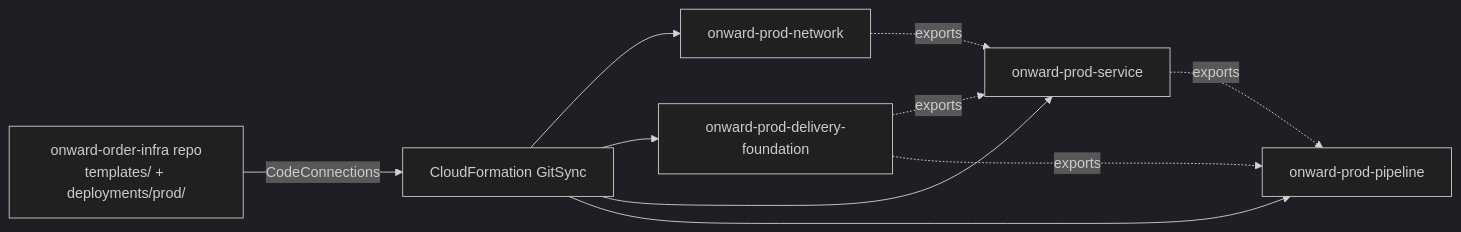
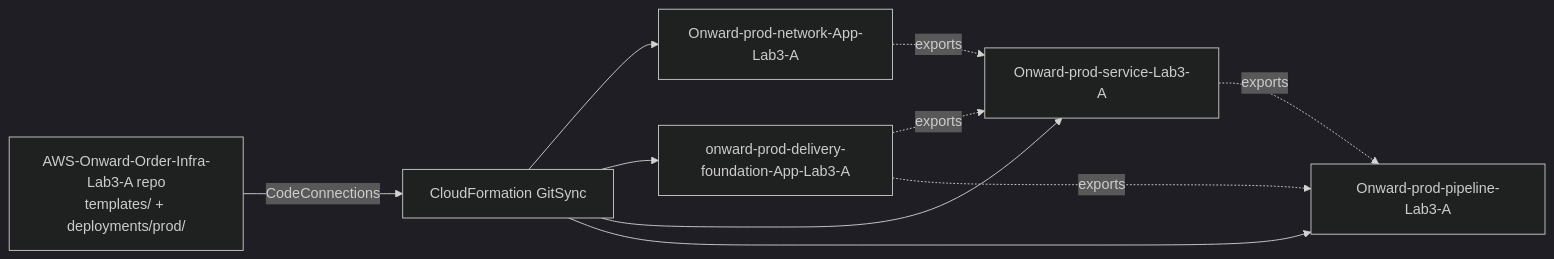
One commit to RUYANGA/AWS-Onward-Order-Infra-Lab3-A changed the third of 3 diagrams in docs/architecture.md. Above: the diagram before and after it, drawn with Mermaid (dark theme). The commit also changed other lines of this file and 2 other files, not shown here.

Commit message:
chore(gitsync): align bootstrap template and docs with the live AWS setup
The bootstrap template now reproduces the deployed GitSync setup: live stack names, the onward-prod-App-cloudformation-deploy role, the existing repository link and connection, and ANY_CHANGE triggers. README and architecture docs describe the live deployment and the expected CodeDeploy drift on the service stack.

````diff
--- a/docs/architecture.md
+++ b/docs/architecture.md
@@ -82,12 +82,12 @@
 ```mermaid
 flowchart LR
-  infra[onward-order-infra repo<br/>templates/ + deployments/prod/] -->|CodeConnections| gs[CloudFormation GitSync]
-  gs --> n[onward-prod-network]
-  gs --> f[onward-prod-delivery-foundation]
-  gs --> s[onward-prod-service]
-  gs --> p[onward-prod-pipeline]
+  infra[AWS-Onward-Order-Infra-Lab3-A repo<br/>templates/ + deployments/prod/] -->|CodeConnections| gs[CloudFormation GitSync]
+  gs --> n[Onward-prod-network-App-Lab3-A]
+  gs --> f[onward-prod-delivery-foundation-App-Lab3-A]
+  gs --> s[Onward-prod-service-Lab3-A]
+  gs --> p[Onward-prod-pipeline-Lab3-A]
   n -. exports .-> s
   f -. exports .-> s
   f -. exports .-> p
   s -. exports .-> p
 ```
````
